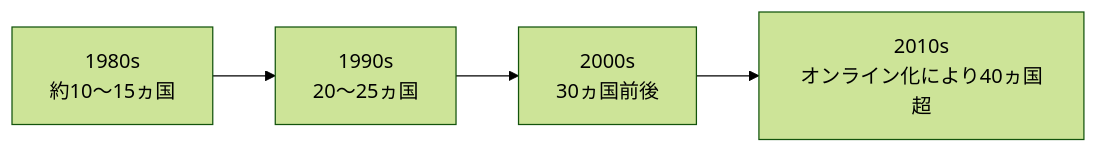
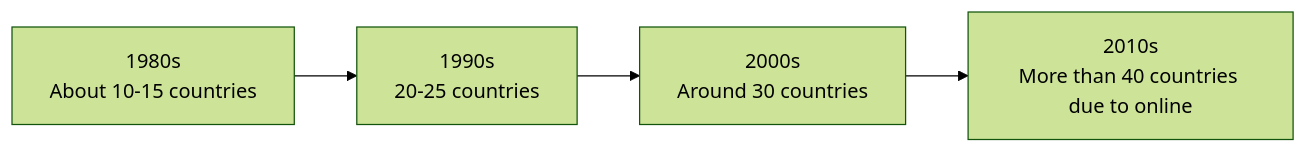
Before and after one commit to monumental-movement/monumental-movement.github.io: the sixth of 9 diagrams in en/_posts/2025-11-23-column-dmc-world-dj-championship.md, drawn with Mermaid (forest theme). The commit also changed other lines of this file and 801 other files, not shown here.

```diff
--- a/en/_posts/2025-11-23-column-dmc-world-dj-championship.md
+++ b/en/_posts/2025-11-23-column-dmc-world-dj-championship.md
@@ -341,6 +342,6 @@
 <div class="mermaid">
 graph LR
-    A[1980s<br>約10〜15ヵ国] --> B[1990s<br>20〜25ヵ国]
-    B --> C[2000s<br>30ヵ国前後]
-    C --> D[2010s<br>オンライン化により40ヵ国超]
+    A[1980s<br>About 10-15 countries] --> B[1990s<br>20-25 countries]
+    B --> C[2000s<br>Around 30 countries]
+    C --> D[2010s<br>More than 40 countries due to online]
 </div>
```
